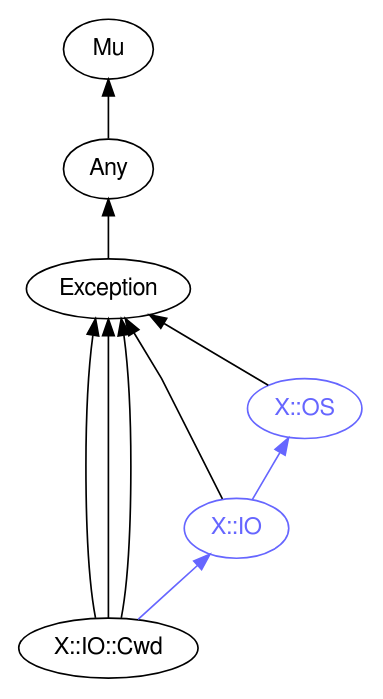
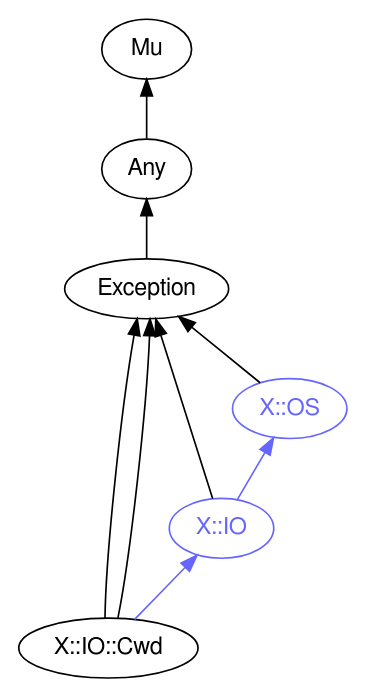
The diagram in images/type-graph-X::IO::Cwd.svg.dot (perl6docs/perl6docs.github.io), drawn with Graphviz before and after one commit. The commit also changed 4398 other files, not shown here.

```diff
--- a/images/type-graph-X::IO::Cwd.svg.dot
+++ b/images/type-graph-X::IO::Cwd.svg.dot
@@ -1,25 +1,24 @@
 digraph "perl6-type-graph" {
     rankdir=BT;
     splines=polyline;
     overlap=false; 
     // Types
     "X::IO::Cwd" [color="#000000", fontcolor="#000000", href="/type/X::IO::Cwd", fontname="FreeSans"];
     "Mu" [color="#000000", fontcolor="#000000", href="/type/Mu", fontname="FreeSans"];
     "Any" [color="#000000", fontcolor="#000000", href="/type/Any", fontname="FreeSans"];
     "Exception" [color="#000000", fontcolor="#000000", href="/type/Exception", fontname="FreeSans"];
     "X::OS" [color="#6666FF", fontcolor="#6666FF", href="/type/X::OS", fontname="FreeSans"];
     "X::IO" [color="#6666FF", fontcolor="#6666FF", href="/type/X::IO", fontname="FreeSans"];
 
     // Superclasses
     "X::IO::Cwd" -> "Exception" [color="#000000"];
     "X::IO::Cwd" -> "Exception" [color="#000000"];
-    "X::IO::Cwd" -> "Exception" [color="#000000"];
     "Any" -> "Mu" [color="#000000"];
     "Exception" -> "Any" [color="#000000"];
     "X::OS" -> "Exception" [color="#000000"];
     "X::IO" -> "Exception" [color="#000000"];
 
     // Roles
     "X::IO::Cwd" -> "X::IO" [color="#6666FF"];
     "X::IO" -> "X::OS" [color="#6666FF"];
 }
```
